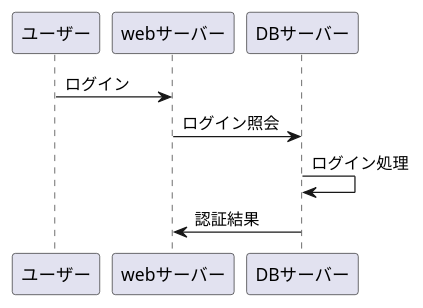
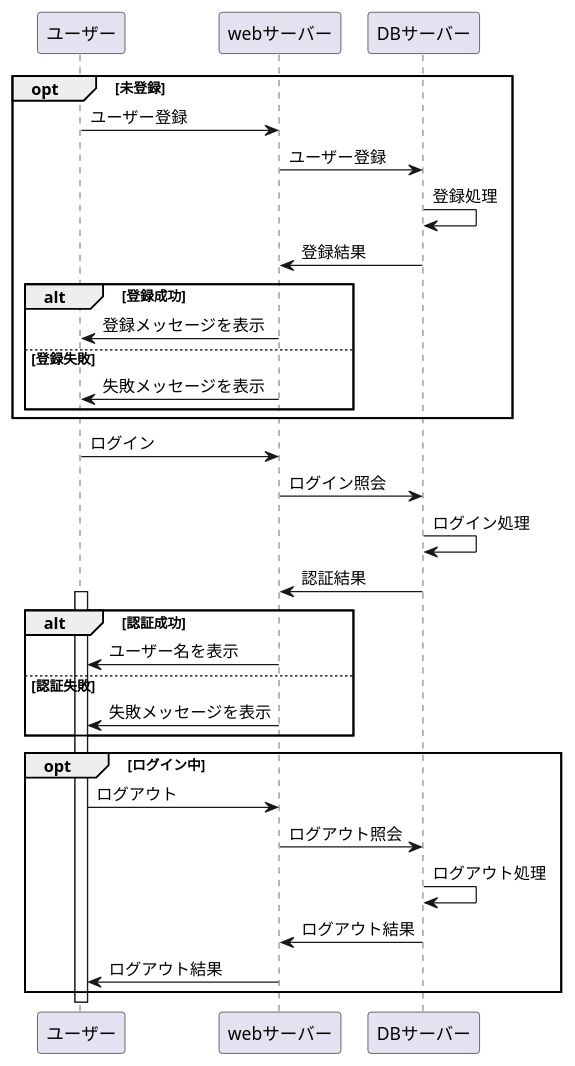
One commit to Aso2001160/2021sys-design changed the diagram in samplef.md. Above: the diagram before and after it, drawn with PlantUML.

````diff
--- a/samplef.md
+++ b/samplef.md
@@ -1,8 +1,37 @@
 ```uml
 @startuml
+opt 未登録
+ユーザー->webサーバー:ユーザー登録
+webサーバー->DBサーバー:ユーザー登録
+DBサーバー->DBサーバー:登録処理
+DBサーバー->webサーバー:登録結果
+ alt 登録成功
+  webサーバー->ユーザー:登録メッセージを表示
+ else 登録失敗
+  webサーバー->ユーザー:失敗メッセージを表示
+ end
+end
+
+
 ユーザー->webサーバー:ログイン
 webサーバー->DBサーバー:ログイン照会
 DBサーバー->DBサーバー:ログイン処理
 DBサーバー->webサーバー:認証結果
+
+activate ユーザー
+alt 認証成功
+ webサーバー->ユーザー:ユーザー名を表示
+else 認証失敗
+ webサーバー->ユーザー:失敗メッセージを表示
+end
+opt ログイン中
+ユーザー->webサーバー:ログアウト
+webサーバー->DBサーバー:ログアウト照会
+DBサーバー->DBサーバー:ログアウト処理
+DBサーバー->webサーバー:ログアウト結果
+webサーバー->ユーザー:ログアウト結果
+end
+
+activate ユーザー
 @enduml
 ```
````
